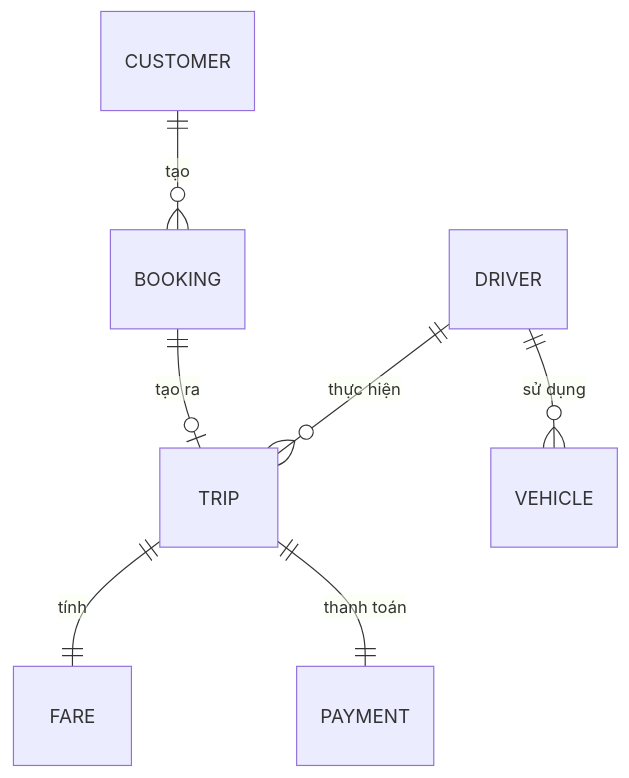
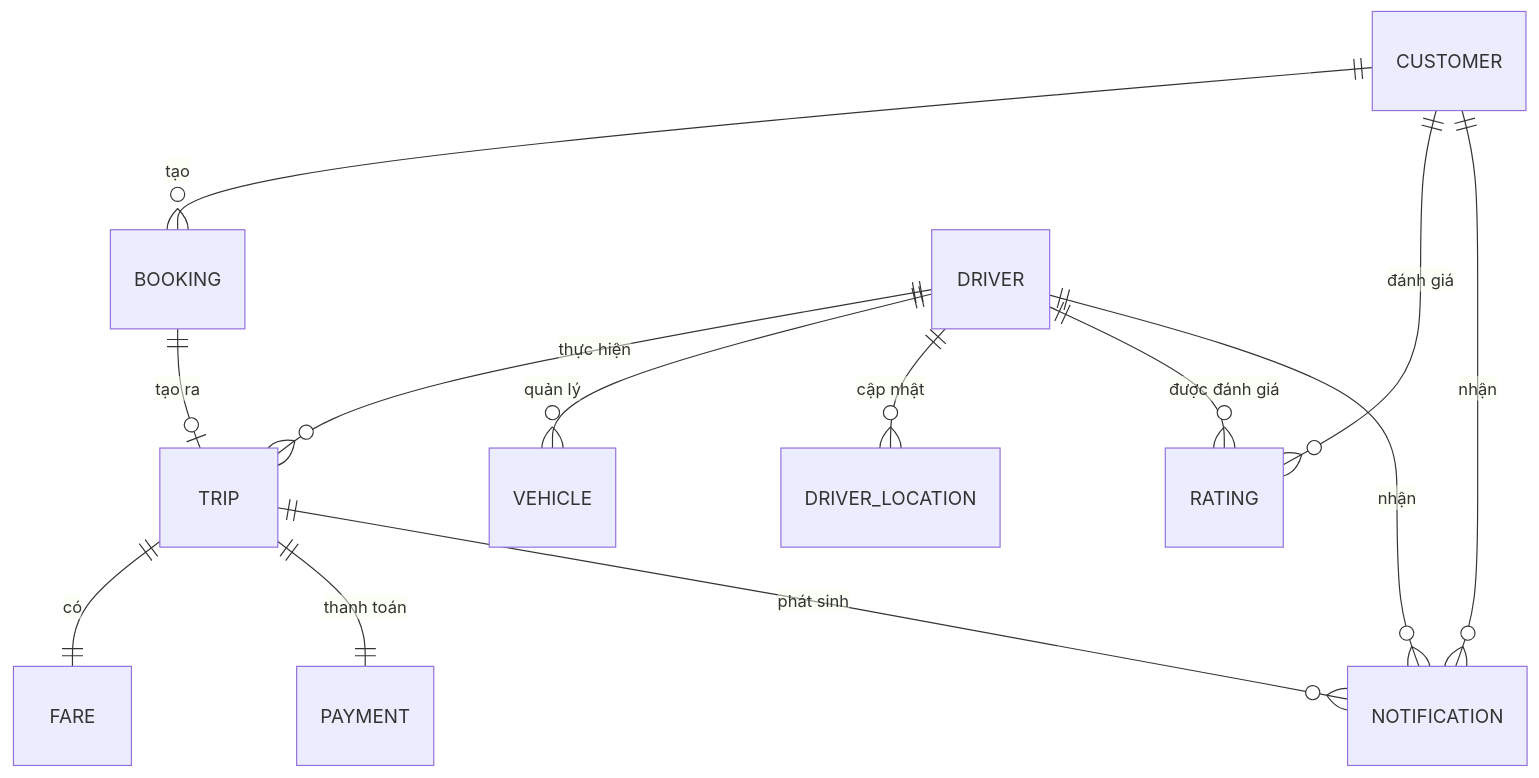
The third of 4 diagrams in SRS.md (NhatTran-callmenu/23731571_TranMinhNhat_CABSYSTEM), drawn with Mermaid before and after one commit. The commit also changed other lines of this file, not shown here.

````diff
--- a/SRS.md
+++ b/SRS.md
@@ -320,9 +323,15 @@
 ```mermaid
 erDiagram
     CUSTOMER ||--o{ BOOKING : "tạo"
     BOOKING ||--o| TRIP : "tạo ra"
     DRIVER ||--o{ TRIP : "thực hiện"
-    DRIVER ||--o{ VEHICLE : "sử dụng"
-    TRIP ||--|| FARE : "tính"
+    DRIVER ||--o{ VEHICLE : "quản lý"
+    DRIVER ||--o{ DRIVER_LOCATION : "cập nhật"
+    TRIP ||--|| FARE : "có"
     TRIP ||--|| PAYMENT : "thanh toán"
+    CUSTOMER ||--o{ RATING : "đánh giá"
+    DRIVER ||--o{ RATING : "được đánh giá"
+    CUSTOMER ||--o{ NOTIFICATION : "nhận"
+    DRIVER ||--o{ NOTIFICATION : "nhận"
+    TRIP ||--o{ NOTIFICATION : "phát sinh"
 ```
````
